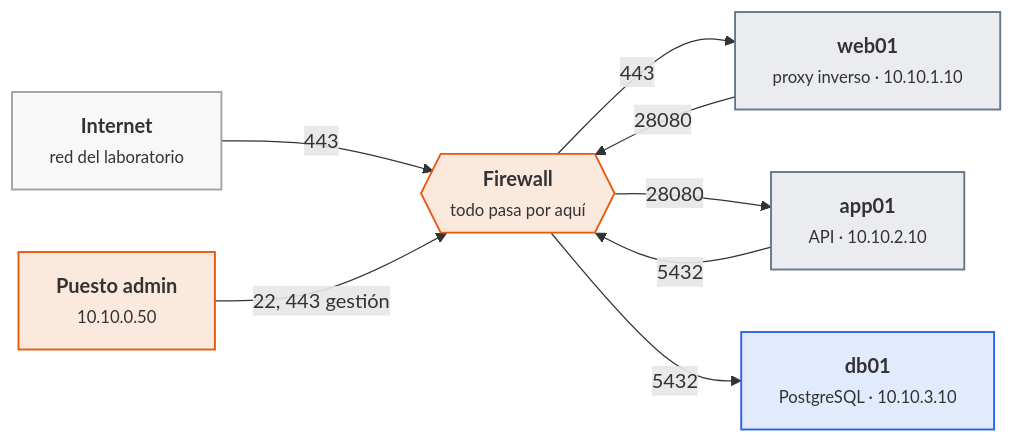
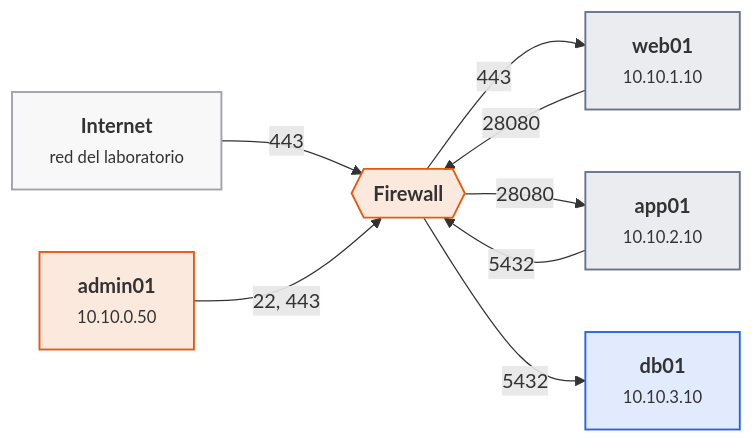
Before and after one commit to victor-educ/apuntes-5166: the first of 3 diagrams in docs/ut/ut3-seguridad-por-capas.md, drawn with Mermaid. The commit also changed other lines of this file and 4 other files, not shown here.

````diff
--- a/docs/ut/ut3-seguridad-por-capas.md
+++ b/docs/ut/ut3-seguridad-por-capas.md
@@ -58,22 +49,20 @@
 ```mermaid
 flowchart LR
     INET["<b>Internet</b><br><small>red del laboratorio</small>"]:::infra
-    FW{{"<b>Firewall</b><br><small>todo pasa por aquí</small>"}}:::act
-    WEB["<b>web01</b><br><small>proxy inverso · 10.10.1.10</small>"]:::pieza
-    APP["<b>app01</b><br><small>API · 10.10.2.10</small>"]:::pieza
-    DB["<b>db01</b><br><small>PostgreSQL · 10.10.3.10</small>"]:::dato
-    ADM["<b>Puesto admin</b><br><small>10.10.0.50</small>"]:::act
+    FW{{"<b>Firewall</b>"}}:::act
+    WEB["<b>web01</b><br><small>10.10.1.10</small>"]:::pieza
+    APP["<b>app01</b><br><small>10.10.2.10</small>"]:::pieza
+    DB["<b>db01</b><br><small>10.10.3.10</small>"]:::dato
+    ADM["<b>admin01</b><br><small>10.10.0.50</small>"]:::act
     INET -->|443| FW
     FW -->|443| WEB
     WEB -->|28080| FW
     FW -->|28080| APP
     APP -->|5432| FW
     FW -->|5432| DB
-    ADM -->|22, 443 gestión| FW
+    ADM -->|22, 443| FW
     classDef act fill:#ea580c22,stroke:#ea580c,stroke-width:1.5px
     classDef pieza fill:#64748b22,stroke:#64748b,stroke-width:1.5px
     classDef dato fill:#2563eb22,stroke:#2563eb,stroke-width:1.5px
     classDef infra fill:#a1a1aa14,stroke:#a1a1aa,stroke-width:1.5px
-    classDef ok fill:#16a34a22,stroke:#16a34a,stroke-width:1.5px
-    classDef riesgo fill:#dc262622,stroke:#dc2626,stroke-width:1.5px
 ```
````
